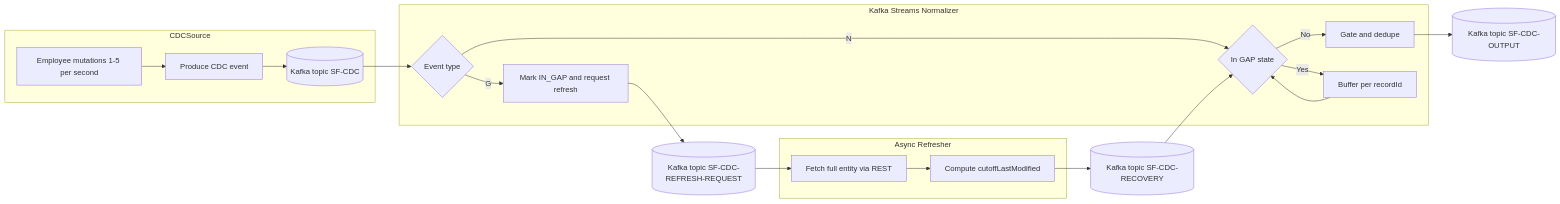
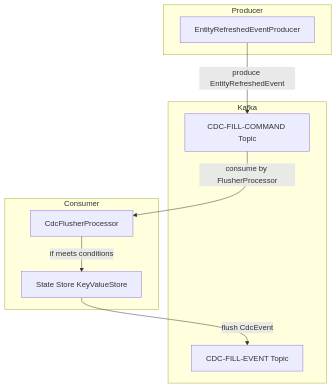
The first of 2 diagrams in kafka-cdc/readme.md (t-sterling/kafka-ref), drawn with Mermaid before and after one commit. The commit also changed other lines of this file and 26 other files, not shown here.

````diff
--- a/kafka-cdc/readme.md
+++ b/kafka-cdc/readme.md
@@ -6,47 +8,21 @@
 ```mermaid
-
-flowchart LR
-
-    subgraph Source[CDCSource]
-        A[Employee mutations 1-5 per second]
-        B[Produce CDC event]
-        A --> B
-        B --> T1
+flowchart TD
+    subgraph Producer
+        A[EntityRefreshedEventProducer] 
+    end
+    
+    subgraph Kafka
+        B[CDC-FILL-COMMAND Topic]
+        C[CDC-FILL-EVENT Topic]
+    end
+    
+    subgraph Consumer
+        F[CdcFlusherProcessor] 
+        G[State Store KeyValueStore]
     end
 
-    T1[(Kafka topic SF-CDC)]
-
-    subgraph Normalizer[Kafka Streams Normalizer]
-        C{Event type}
-        D{In GAP state}
-        E[Gate and dedupe]
-        F[Buffer per recordId]
-        G[Mark IN_GAP and request refresh]
-    end
-
-    Treq[(Kafka topic SF-CDC-REFRESH-REQUEST)]
-    O[(Kafka topic SF-CDC-OUTPUT)]
-
-    subgraph Refresher[Async Refresher]
-        H[Fetch full entity via REST]
-        I[Compute cutoffLastModified]
-    end
-
-    Trec[(Kafka topic SF-CDC-RECOVERY)]
-
-    T1 --> C
-
-    C -- N --> D
-    D -- No --> E --> O
-    D -- Yes --> F
-
-    C -- G --> G --> Treq
-
-    Treq --> H --> I --> Trec
-
-    Trec --> D
-    F --> D
-
-
-
+    A -->|produce EntityRefreshedEvent| B
+    B -->|consume by FlusherProcessor| F
+    F -->|if meets conditions| G
+    G -->|flush CdcEvent| C
 ```
````
